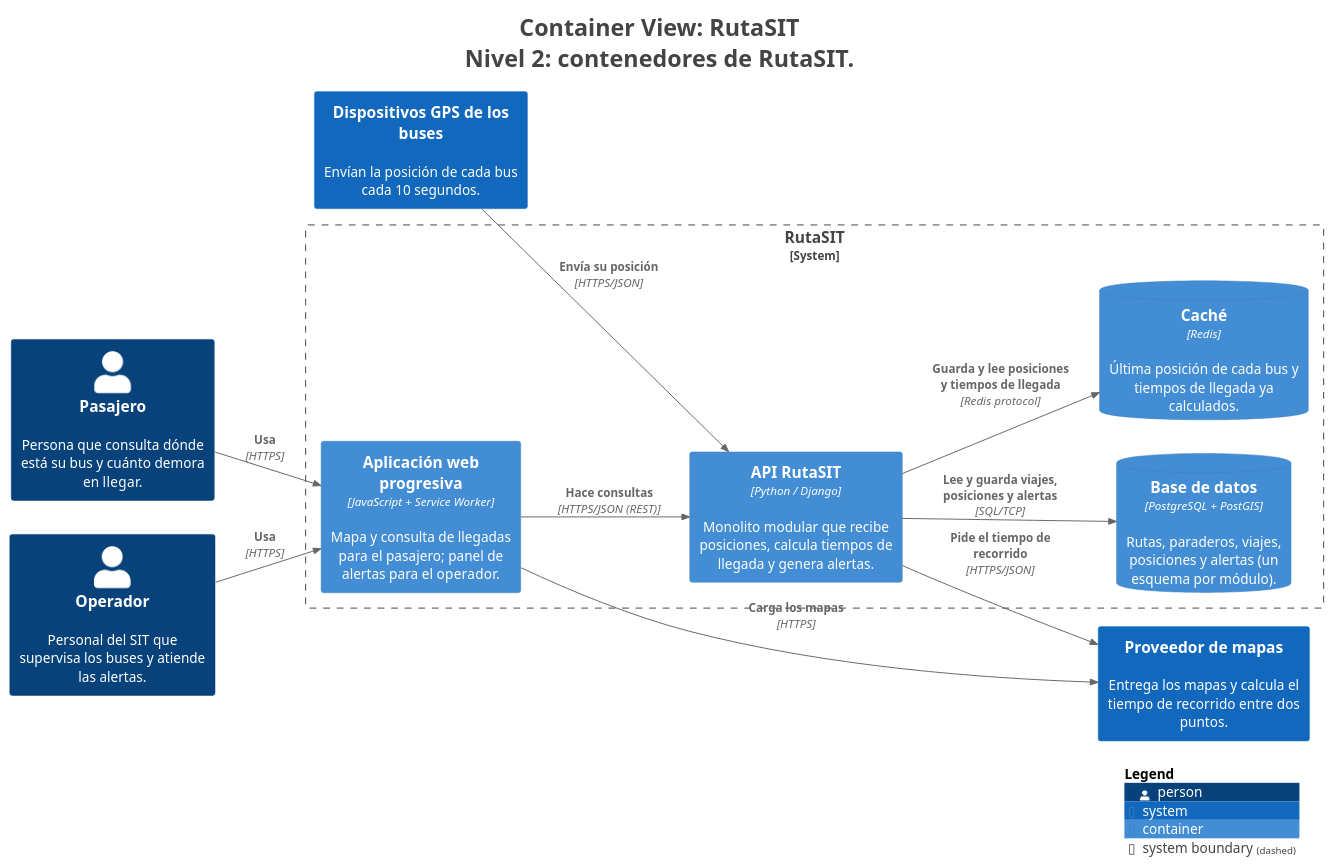
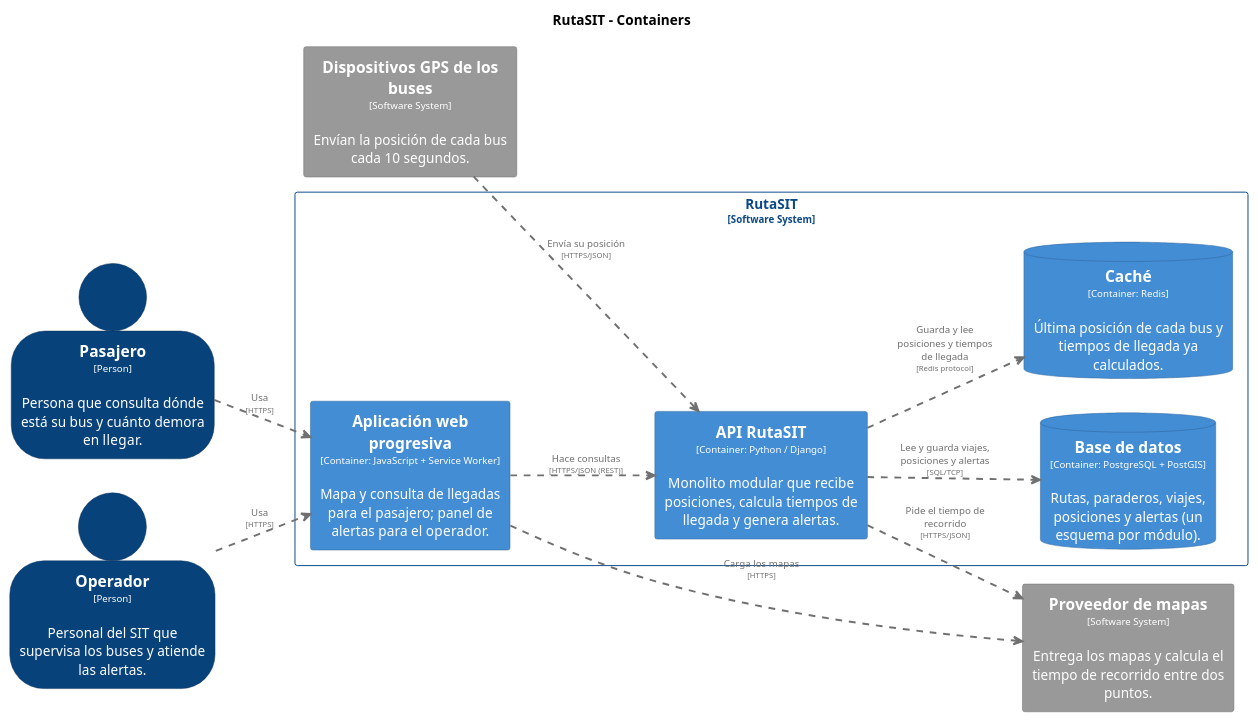
One commit to R0otDrigo/cs-2026b-lab04-grupo06 changed the diagram in docs/architecture/c4/export/structurizr-Contenedores.puml. Above: the diagram before and after it, drawn with PlantUML. The commit also changed 19 other files, not shown here.

Commit message:
CI: regenerar diagramas C4 y Mermaid [skip ci]

```diff
--- a/docs/architecture/c4/export/structurizr-Contenedores.puml
+++ b/docs/architecture/c4/export/structurizr-Contenedores.puml
@@ -1,41 +1,90 @@
 @startuml
-title <size:24>Container View: RutaSIT</size>\n<size:24>Nivel 2: contenedores de RutaSIT.</size>
+set separator none
+title RutaSIT - Containers
 
-set separator none
 left to right direction
 
-<style>
-  root {
-    BackgroundColor: #ffffff
-    FontColor: #444444
-  }
-</style>
-
-!include <C4/C4>
-!include <C4/C4_Context>
-!include <C4/C4_Container>
-
-Person(Pasajero, "Pasajero", $descr="Persona que consulta dónde está su bus y cuánto demora en llegar.", $tags="", $link="")
-Person(Operador, "Operador", $descr="Personal del SIT que supervisa los buses y atiende las alertas.", $tags="", $link="")
-System(DispositivosGPSdelosbuses, "Dispositivos GPS de los buses", $descr="Envían la posición de cada bus cada 10 segundos.", $tags="", $link="")
-System(Proveedordemapas, "Proveedor de mapas", $descr="Entrega los mapas y calcula el tiempo de recorrido entre dos puntos.", $tags="", $link="")
-
-System_Boundary("RutaSIT_boundary", "RutaSIT", $tags="") {
-  ContainerDb(RutaSIT.Basededatos, "Base de datos", $techn="PostgreSQL + PostGIS", $descr="Rutas, paraderos, viajes, posiciones y alertas (un esquema por módulo).", $tags="", $link="")
-  ContainerDb(RutaSIT.Caché, "Caché", $techn="Redis", $descr="Última posición de cada bus y tiempos de llegada ya calculados.", $tags="", $link="")
-  Container(RutaSIT.Aplicaciónwebprogresiva, "Aplicación web progresiva", $techn="JavaScript + Service Worker", $descr="Mapa y consulta de llegadas para el pasajero; panel de alertas para el operador.", $tags="", $link="")
-  Container(RutaSIT.APIRutaSIT, "API RutaSIT", $techn="Python / Django", $descr="Monolito modular que recibe posiciones, calcula tiempos de llegada y genera alertas.", $tags="", $link="")
+skinparam {
+  arrowFontSize 10
+  defaultTextAlignment center
+  wrapWidth 200
+  maxMessageSize 100
 }
 
-Rel(Pasajero, RutaSIT.Aplicaciónwebprogresiva, "Usa", $techn="HTTPS", $tags="", $link="")
-Rel(Operador, RutaSIT.Aplicaciónwebprogresiva, "Usa", $techn="HTTPS", $tags="", $link="")
-Rel(RutaSIT.Aplicaciónwebprogresiva, RutaSIT.APIRutaSIT, "Hace consultas", $techn="HTTPS/JSON (REST)", $tags="", $link="")
-Rel(DispositivosGPSdelosbuses, RutaSIT.APIRutaSIT, "Envía su posición", $techn="HTTPS/JSON", $tags="", $link="")
-Rel(RutaSIT.APIRutaSIT, RutaSIT.Basededatos, "Lee y guarda viajes, posiciones y alertas", $techn="SQL/TCP", $tags="", $link="")
-Rel(RutaSIT.APIRutaSIT, RutaSIT.Caché, "Guarda y lee posiciones y tiempos de llegada", $techn="Redis protocol", $tags="", $link="")
-Rel(RutaSIT.Aplicaciónwebprogresiva, Proveedordemapas, "Carga los mapas", $techn="HTTPS", $tags="", $link="")
-Rel(RutaSIT.APIRutaSIT, Proveedordemapas, "Pide el tiempo de recorrido", $techn="HTTPS/JSON", $tags="", $link="")
+hide stereotype
 
-SHOW_LEGEND(true)
-hide stereotypes
+skinparam rectangle<<RutaSIT.APIRutaSIT>> {
+  BackgroundColor #438dd5
+  FontColor #ffffff
+  BorderColor #2e6295
+  shadowing false
+}
+skinparam rectangle<<RutaSIT.Aplicaciónwebprogresiva>> {
+  BackgroundColor #438dd5
+  FontColor #ffffff
+  BorderColor #2e6295
+  shadowing false
+}
+skinparam database<<RutaSIT.Basededatos>> {
+  BackgroundColor #438dd5
+  FontColor #ffffff
+  BorderColor #2e6295
+  shadowing false
+}
+skinparam database<<RutaSIT.Caché>> {
+  BackgroundColor #438dd5
+  FontColor #ffffff
+  BorderColor #2e6295
+  shadowing false
+}
+skinparam rectangle<<DispositivosGPSdelosbuses>> {
+  BackgroundColor #999999
+  FontColor #ffffff
+  BorderColor #6b6b6b
+  shadowing false
+}
+skinparam person<<Operador>> {
+  BackgroundColor #08427b
+  FontColor #ffffff
+  BorderColor #052e56
+  shadowing false
+}
+skinparam person<<Pasajero>> {
+  BackgroundColor #08427b
+  FontColor #ffffff
+  BorderColor #052e56
+  shadowing false
+}
+skinparam rectangle<<Proveedordemapas>> {
+  BackgroundColor #999999
+  FontColor #ffffff
+  BorderColor #6b6b6b
+  shadowing false
+}
+skinparam rectangle<<RutaSIT>> {
+  BorderColor #0b4884
+  FontColor #0b4884
+  shadowing false
+}
+
+person "==Pasajero\n<size:10>[Person]</size>\n\nPersona que consulta dónde está su bus y cuánto demora en llegar." <<Pasajero>> as Pasajero
+person "==Operador\n<size:10>[Person]</size>\n\nPersonal del SIT que supervisa los buses y atiende las alertas." <<Operador>> as Operador
+rectangle "==Dispositivos GPS de los buses\n<size:10>[Software System]</size>\n\nEnvían la posición de cada bus cada 10 segundos." <<DispositivosGPSdelosbuses>> as DispositivosGPSdelosbuses
+rectangle "==Proveedor de mapas\n<size:10>[Software System]</size>\n\nEntrega los mapas y calcula el tiempo de recorrido entre dos puntos." <<Proveedordemapas>> as Proveedordemapas
+
+rectangle "RutaSIT\n<size:10>[Software System]</size>" <<RutaSIT>> {
+  database "==Base de datos\n<size:10>[Container: PostgreSQL + PostGIS]</size>\n\nRutas, paraderos, viajes, posiciones y alertas (un esquema por módulo)." <<RutaSIT.Basededatos>> as RutaSIT.Basededatos
+  database "==Caché\n<size:10>[Container: Redis]</size>\n\nÚltima posición de cada bus y tiempos de llegada ya calculados." <<RutaSIT.Caché>> as RutaSIT.Caché
+  rectangle "==Aplicación web progresiva\n<size:10>[Container: JavaScript + Service Worker]</size>\n\nMapa y consulta de llegadas para el pasajero; panel de alertas para el operador." <<RutaSIT.Aplicaciónwebprogresiva>> as RutaSIT.Aplicaciónwebprogresiva
+  rectangle "==API RutaSIT\n<size:10>[Container: Python / Django]</size>\n\nMonolito modular que recibe posiciones, calcula tiempos de llegada y genera alertas." <<RutaSIT.APIRutaSIT>> as RutaSIT.APIRutaSIT
+}
+
+Pasajero .[#707070,thickness=2].> RutaSIT.Aplicaciónwebprogresiva : "<color:#707070>Usa\n<color:#707070><size:8>[HTTPS]</size>"
+Operador .[#707070,thickness=2].> RutaSIT.Aplicaciónwebprogresiva : "<color:#707070>Usa\n<color:#707070><size:8>[HTTPS]</size>"
+RutaSIT.Aplicaciónwebprogresiva .[#707070,thickness=2].> RutaSIT.APIRutaSIT : "<color:#707070>Hace consultas\n<color:#707070><size:8>[HTTPS/JSON (REST)]</size>"
+DispositivosGPSdelosbuses .[#707070,thickness=2].> RutaSIT.APIRutaSIT : "<color:#707070>Envía su posición\n<color:#707070><size:8>[HTTPS/JSON]</size>"
+RutaSIT.APIRutaSIT .[#707070,thickness=2].> RutaSIT.Basededatos : "<color:#707070>Lee y guarda viajes, posiciones y alertas\n<color:#707070><size:8>[SQL/TCP]</size>"
+RutaSIT.APIRutaSIT .[#707070,thickness=2].> RutaSIT.Caché : "<color:#707070>Guarda y lee posiciones y tiempos de llegada\n<color:#707070><size:8>[Redis protocol]</size>"
+RutaSIT.Aplicaciónwebprogresiva .[#707070,thickness=2].> Proveedordemapas : "<color:#707070>Carga los mapas\n<color:#707070><size:8>[HTTPS]</size>"
+RutaSIT.APIRutaSIT .[#707070,thickness=2].> Proveedordemapas : "<color:#707070>Pide el tiempo de recorrido\n<color:#707070><size:8>[HTTPS/JSON]</size>"
 @enduml
```
